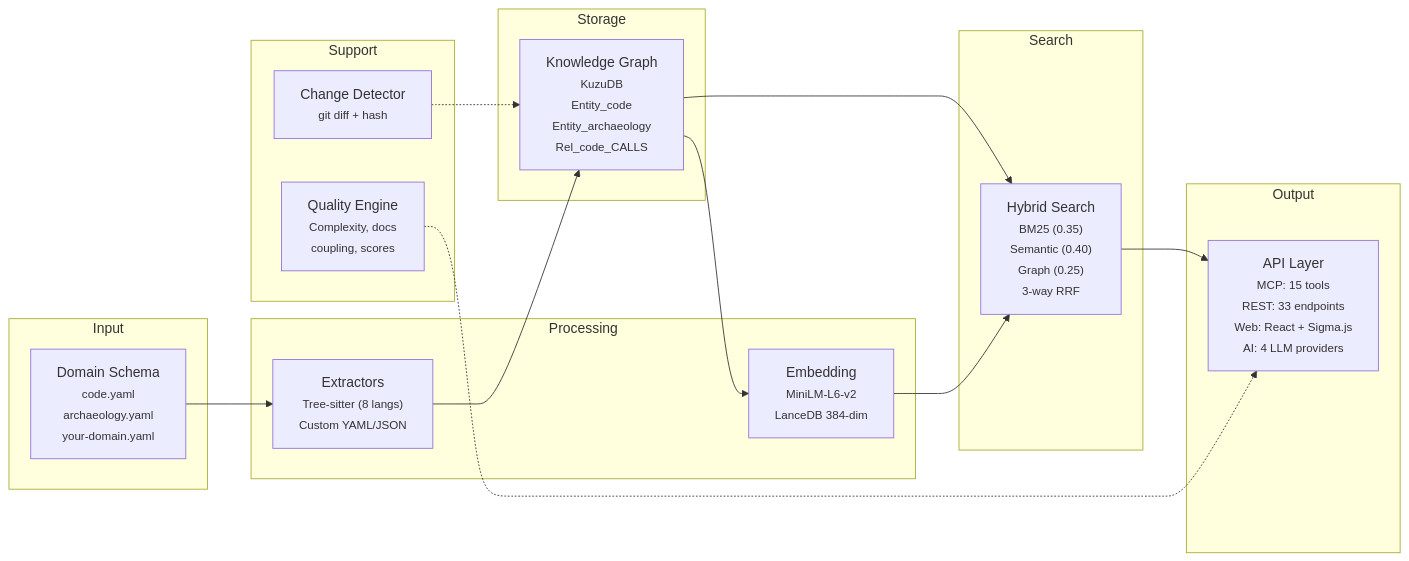
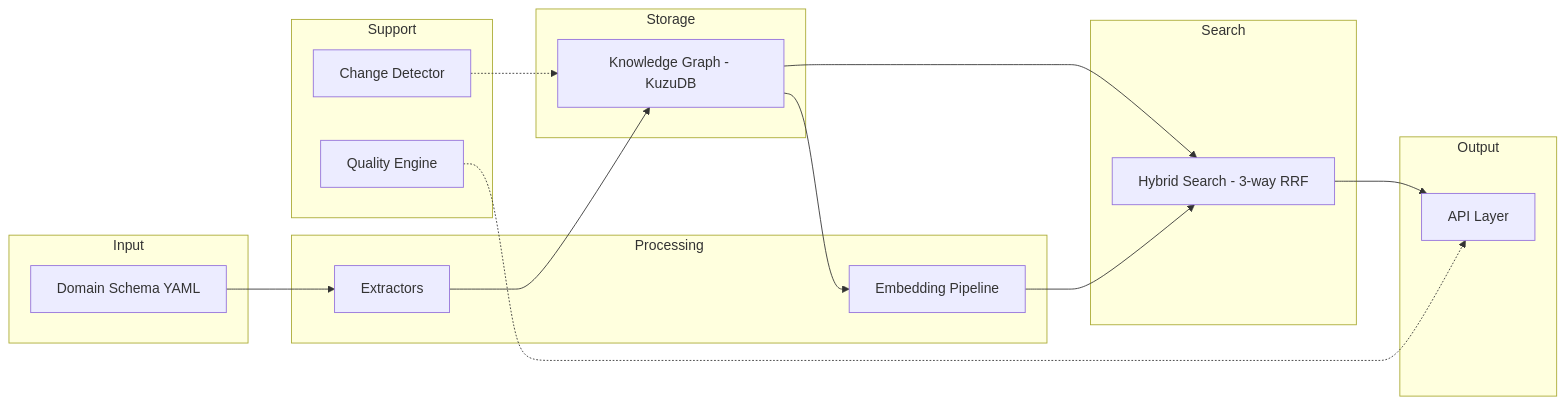
One commit to fbratten/intelligence-engine-showcase changed the diagram in docs/architecture.md. Above: the diagram before and after it, drawn with Mermaid. The commit also changed other lines of this file and 1 other file, not shown here.

Commit message:
fix: remove small tags from Mermaid — text was microscopic, added details table

````diff
--- a/docs/architecture.md
+++ b/docs/architecture.md
@@ -18,33 +18,27 @@
 ```mermaid
 graph LR
     subgraph Input
-        A["Domain Schema<br/><small>code.yaml<br/>archaeology.yaml<br/>your-domain.yaml</small>"]
+        A[Domain Schema YAML]
     end
-
     subgraph Processing
-        B["Extractors<br/><small>Tree-sitter (8 langs)<br/>Custom YAML/JSON</small>"]
-        E["Embedding<br/><small>MiniLM-L6-v2<br/>LanceDB 384-dim</small>"]
+        B[Extractors]
+        E[Embedding Pipeline]
     end
-
     subgraph Storage
-        C["Knowledge Graph<br/><small>KuzuDB<br/>Entity_code<br/>Entity_archaeology<br/>Rel_code_CALLS</small>"]
+        C[Knowledge Graph - KuzuDB]
     end
-
     subgraph Search
-        D["Hybrid Search<br/><small>BM25 (0.35)<br/>Semantic (0.40)<br/>Graph (0.25)<br/>3-way RRF</small>"]
+        D[Hybrid Search - 3-way RRF]
     end
-
     subgraph Output
-        F["API Layer<br/><small>MCP: 15 tools<br/>REST: 33 endpoints<br/>Web: React + Sigma.js<br/>AI: 4 LLM providers</small>"]
+        F[API Layer]
     end
-
     subgraph Support
-        G["Change Detector<br/><small>git diff + hash</small>"]
-        H["Quality Engine<br/><small>Complexity, docs<br/>coupling, scores</small>"]
+        G[Change Detector]
+        H[Quality Engine]
     end
-
     A --> B --> C --> D --> F
     C --> E --> D
     G -.-> C
     H -.-> F
 ```
````
